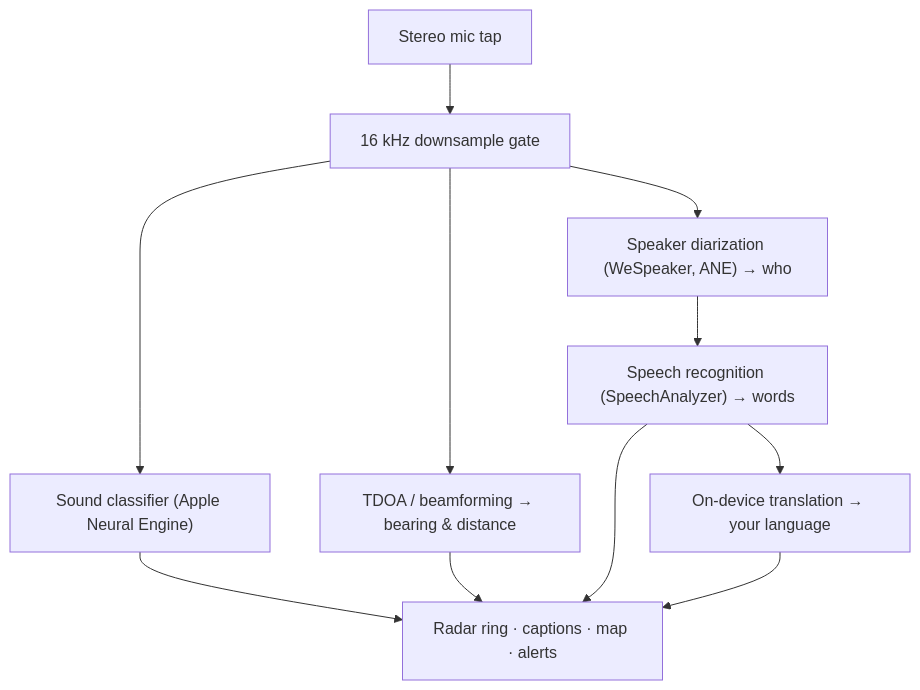
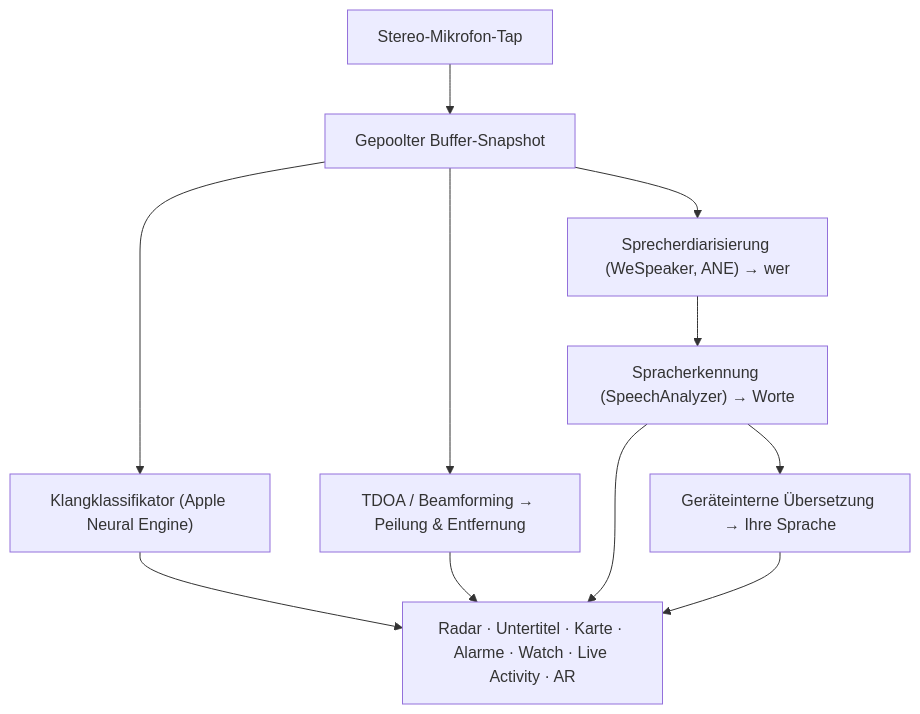
Before and after one commit to rpalm01-star/VigilantEarLegal: the diagram in README_de.md, drawn with Mermaid. The commit also changed other lines of this file and 31 other files, not shown here.

````diff
--- a/README_de.md
+++ b/README_de.md
@@ -73,10 +93,10 @@
 ```mermaid
 graph TD
-    A["Stereo mic tap"] --> B["16 kHz downsample gate"]
-    B --> C["Sound classifier (Apple Neural Engine)"]
-    B --> D["TDOA / beamforming → bearing & distance"]
-    B --> E["Speaker diarization (WeSpeaker, ANE) → who"]
-    E --> F["Speech recognition (SpeechAnalyzer) → words"]
-    F --> G["On-device translation → your language"]
-    C & D & F & G --> H["Radar ring · captions · map · alerts"]
+    A["Stereo-Mikrofon-Tap"] --> B["Gepoolter Buffer-Snapshot"]
+    B --> C["Klangklassifikator (Apple Neural Engine)"]
+    B --> D["TDOA / Beamforming → Peilung & Entfernung"]
+    B --> E["Sprecherdiarisierung (WeSpeaker, ANE) → wer"]
+    E --> F["Spracherkennung (SpeechAnalyzer) → Worte"]
+    F --> G["Geräteinterne Übersetzung → Ihre Sprache"]
+    C & D & F & G --> H["Radar · Untertitel · Karte · Alarme · Watch · Live Activity · AR"]
 ```
````
